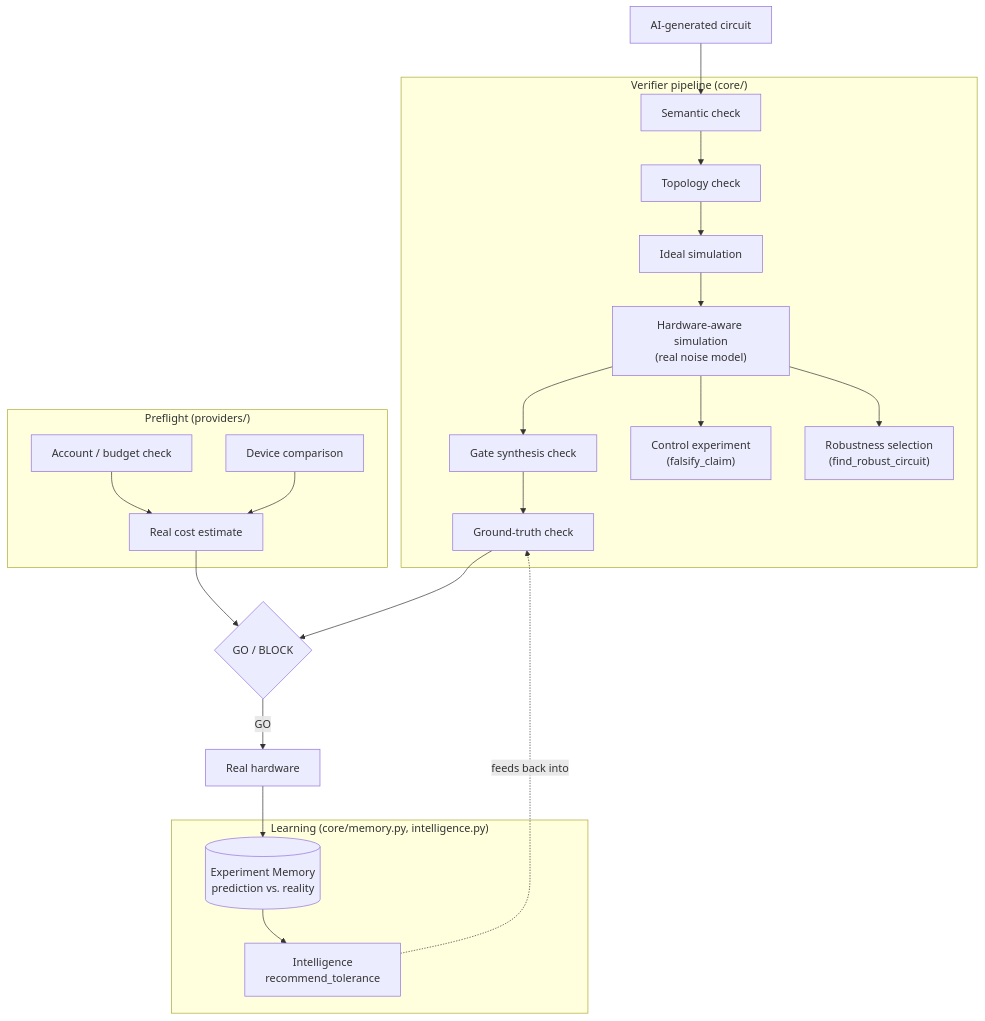
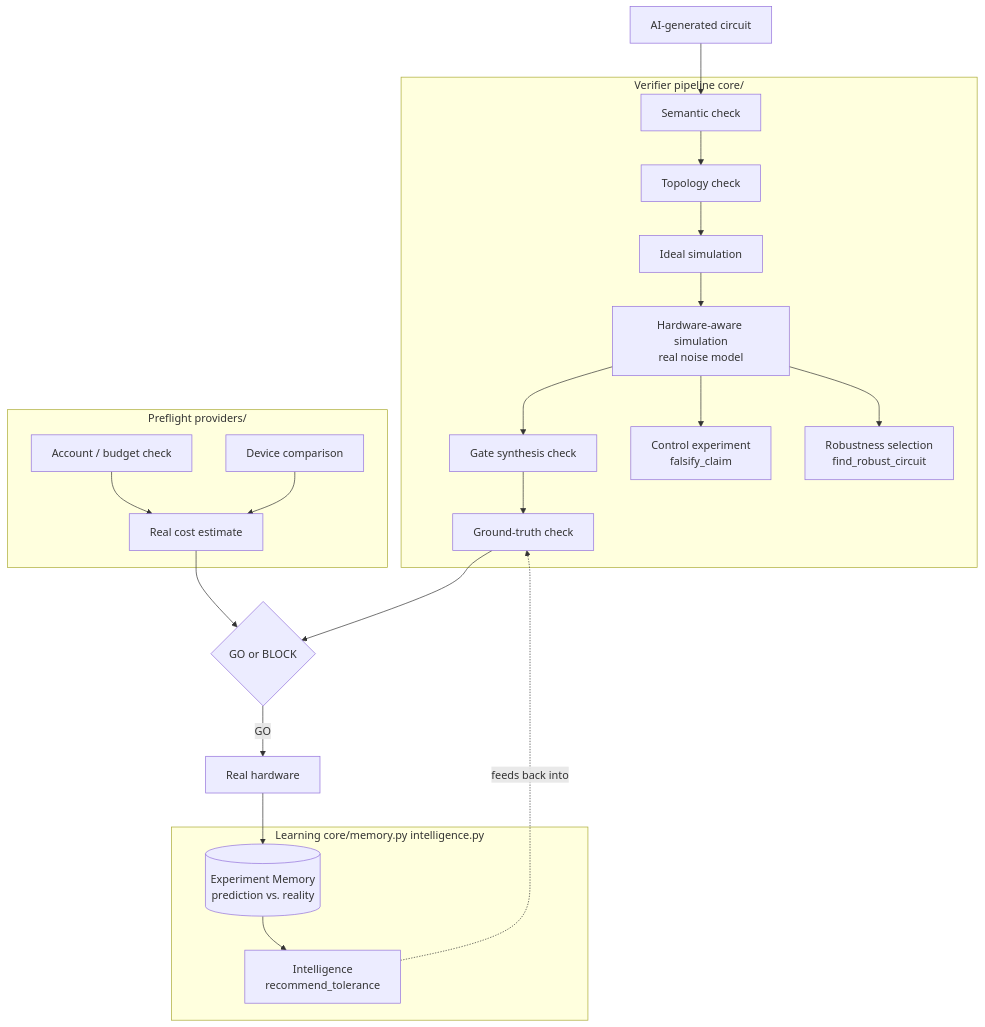
Before and after one commit to Lokesh-2025/quantum-verifier: the diagram in README.md, drawn with Mermaid.

Commit message:
Fix mermaid diagram not rendering on GitHub
Subgraph titles with parentheses/commas in quotes and literal \n
line breaks aren't handled by GitHub's pinned mermaid version.
Switched to subgraph ID["Label"] syntax and <br/> for line breaks.

````diff
--- a/README.md
+++ b/README.md
@@ -19,38 +19,38 @@
 ```mermaid
 graph TD
     Circuit["AI-generated circuit"]
 
-    subgraph "Verifier pipeline (core/)"
+    subgraph Verifier["Verifier pipeline core/"]
         Semantic["Semantic check"]
         Topology["Topology check"]
         Ideal["Ideal simulation"]
-        HW["Hardware-aware simulation\n(real noise model)"]
+        HW["Hardware-aware simulation<br/>real noise model"]
         GateSynth["Gate synthesis check"]
         Ground["Ground-truth check"]
-        Control["Control experiment\n(falsify_claim)"]
-        Robust["Robustness selection\n(find_robust_circuit)"]
+        Control["Control experiment<br/>falsify_claim"]
+        Robust["Robustness selection<br/>find_robust_circuit"]
     end
 
-    subgraph "Preflight (providers/)"
+    subgraph Preflight["Preflight providers/"]
         Account["Account / budget check"]
         Devices["Device comparison"]
         Cost["Real cost estimate"]
     end
 
-    subgraph "Learning (core/memory.py, intelligence.py)"
-        Mem[("Experiment Memory\nprediction vs. reality")]
-        Intel["Intelligence\nrecommend_tolerance"]
+    subgraph Learning["Learning core/memory.py intelligence.py"]
+        Mem[("Experiment Memory<br/>prediction vs. reality")]
+        Intel["Intelligence<br/>recommend_tolerance"]
     end
 
     Circuit --> Semantic --> Topology --> Ideal --> HW --> GateSynth --> Ground
     HW --> Control
     HW --> Robust
     Account --> Cost
     Devices --> Cost
-    Ground --> Verdict{"GO / BLOCK"}
+    Ground --> Verdict{"GO or BLOCK"}
     Cost --> Verdict
     Verdict -->|GO| Hardware["Real hardware"]
     Hardware --> Mem
     Mem --> Intel
     Intel -.->|feeds back into| Ground
 ```
````
